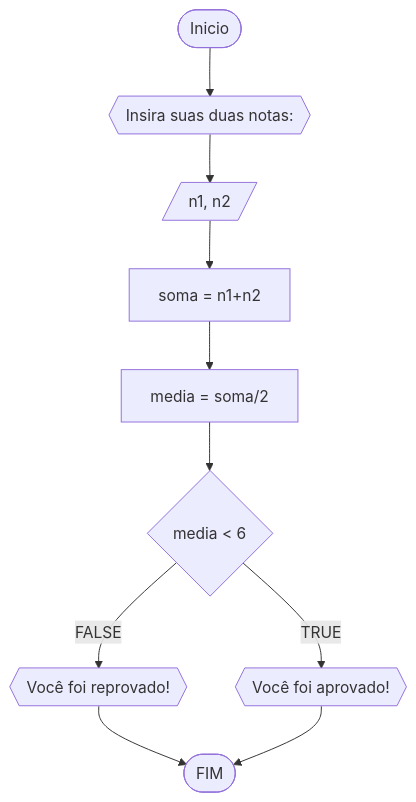
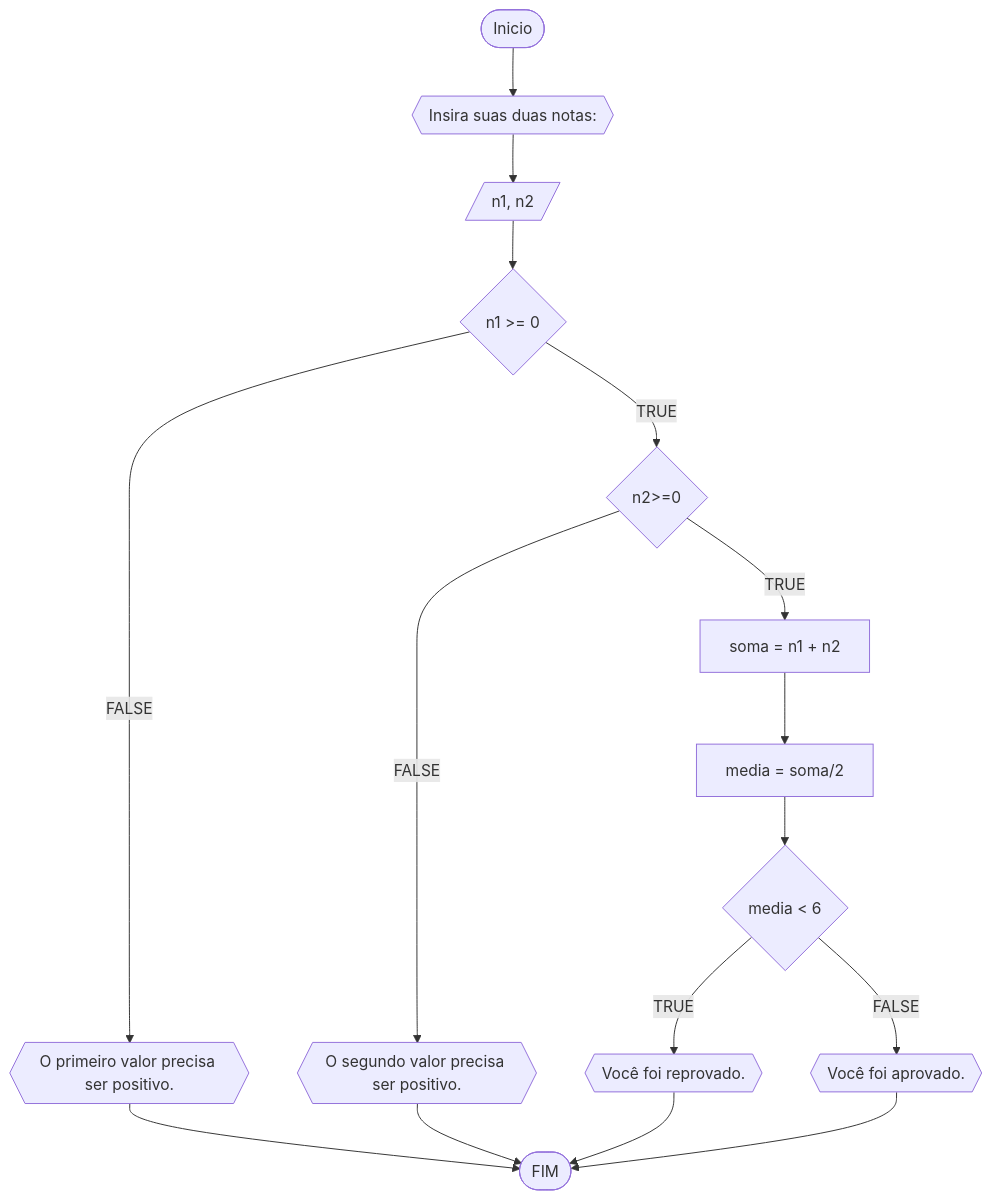
Before and after one commit to stuffxdd/Unifor: the first of 4 diagrams in RLA/lista1_exercicios.md, drawn with Mermaid. The commit also changed other lines of this file, not shown here.

````diff
--- a/RLA/lista1_exercicios.md
+++ b/RLA/lista1_exercicios.md
@@ -9,12 +13,18 @@
 ```mermaid
 flowchart TD
 A([Inicio]) --> B{{Insira  suas duas notas: }}
 B --> C[/n1, n2/]
-C --> D[soma = n1+n2]
-D --> E[media = soma/2]
-E --> F{media < 6}
-F --FALSE--> G{{Você foi reprovado!}}
-F --TRUE--> H{{Você foi aprovado!}}
-G --> I([FIM])
-H --> I
+C --> D{n1 >= 0}
+D --FALSE--> E{{O primeiro valor precisa ser positivo.}}
+E --> M
+D --TRUE--> F{n2>=0}
+F --FALSE--> G{{O segundo valor precisa ser positivo.}}
+G --> M
+F --TRUE--> H[soma = n1 + n2]
+H --> I[media = soma/2]
+I --> J{media < 6}
+J --FALSE--> K{{Você foi aprovado.}}
+J --TRUE--> L{{Você foi reprovado.}}
+L --> M([FIM])
+K --> M
 ```
````
